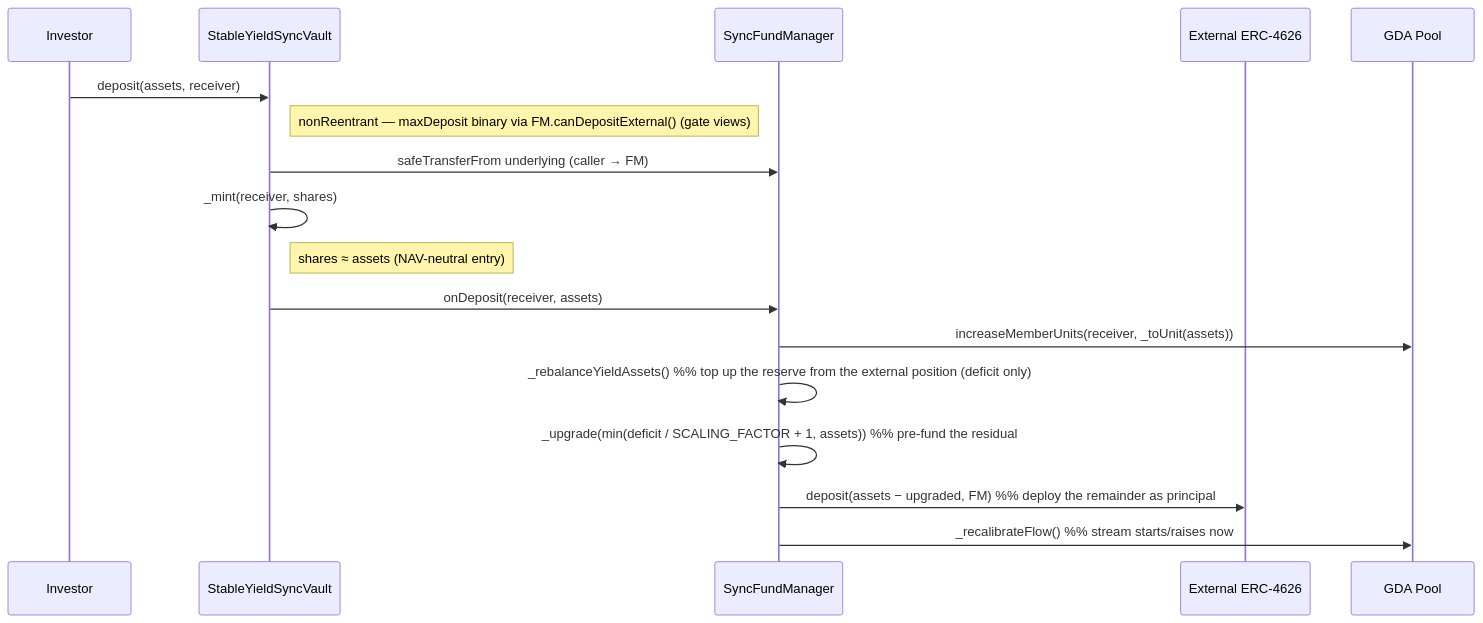
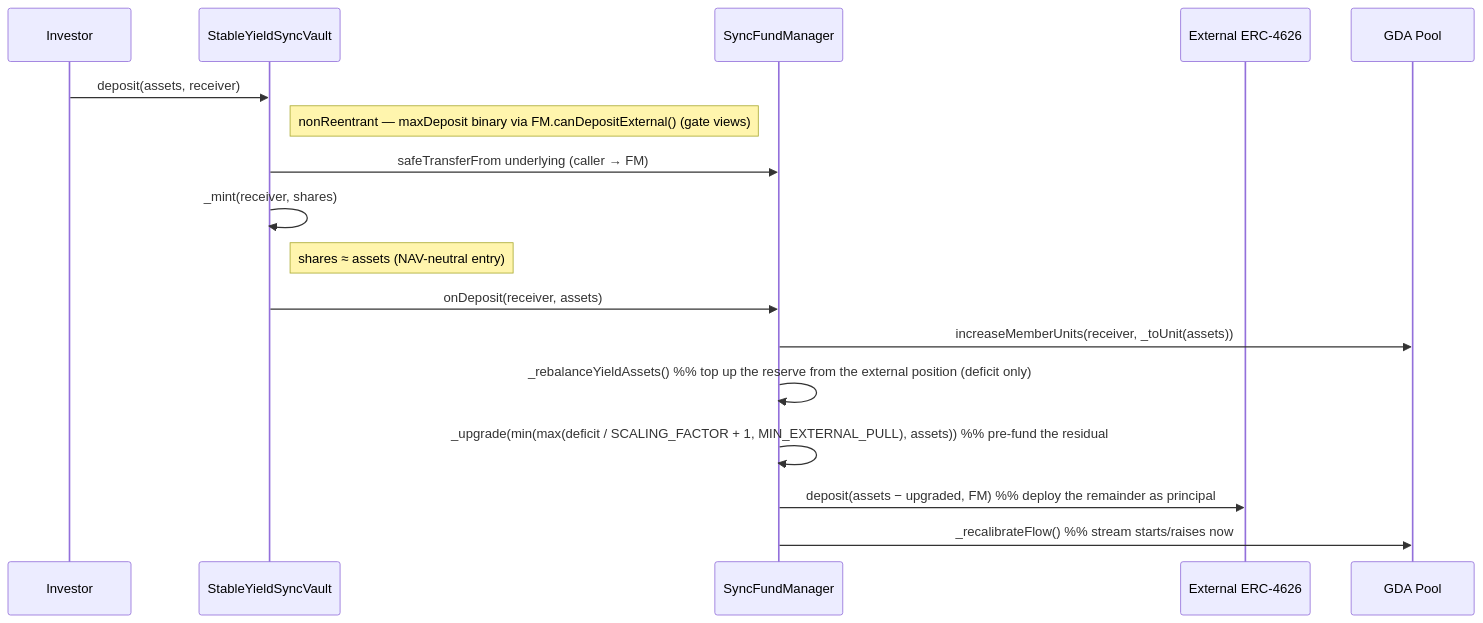
The diagram in docs/sync-vault/flow/deposit-flow.md (superfluid-org/stable-yield-vault), drawn with Mermaid before and after one commit. The commit also changed other lines of this file and 3 other files, not shown here.

````diff
--- a/docs/sync-vault/flow/deposit-flow.md
+++ b/docs/sync-vault/flow/deposit-flow.md
@@ -28,20 +28,20 @@
 ```mermaid
 sequenceDiagram
     participant I as Investor
     participant V as StableYieldSyncVault
     participant FM as SyncFundManager
     participant E as External ERC-4626
     participant POOL as GDA Pool
 
     I->>V: deposit(assets, receiver)
     Note right of V: nonReentrant — maxDeposit binary via FM.canDepositExternal() (gate views)
     V->>FM: safeTransferFrom underlying (caller → FM)
     V->>V: _mint(receiver, shares)
     Note right of V: shares ≈ assets (NAV-neutral entry)
     V->>FM: onDeposit(receiver, assets)
     FM->>POOL: increaseMemberUnits(receiver, _toUnit(assets))
     FM->>FM: _rebalanceYieldAssets()  %% top up the reserve from the external position (deficit only)
-    FM->>FM: _upgrade(min(deficit / SCALING_FACTOR + 1, assets))  %% pre-fund the residual
+    FM->>FM: _upgrade(min(max(deficit / SCALING_FACTOR + 1, MIN_EXTERNAL_PULL), assets))  %% pre-fund the residual
     FM->>E: deposit(assets − upgraded, FM)  %% deploy the remainder as principal
     FM->>POOL: _recalibrateFlow()  %% stream starts/raises now
 ```
````
